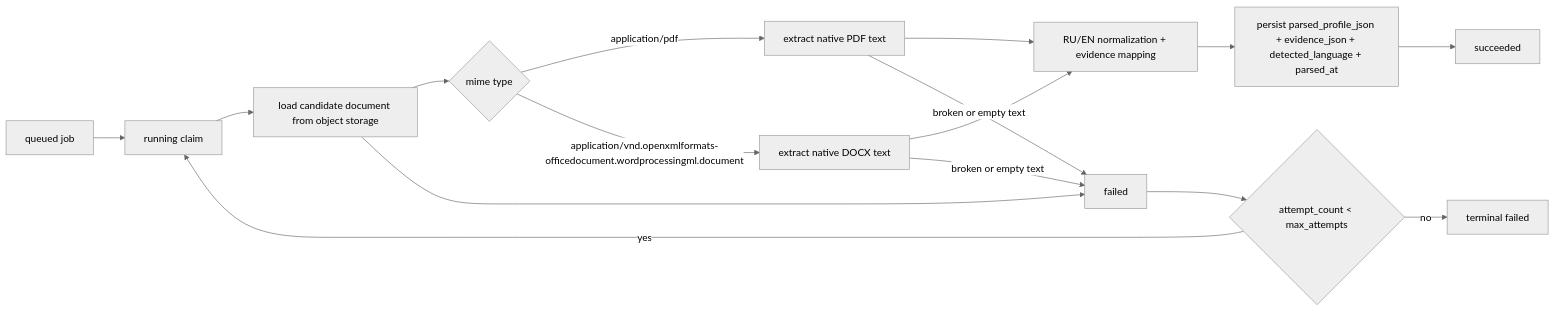
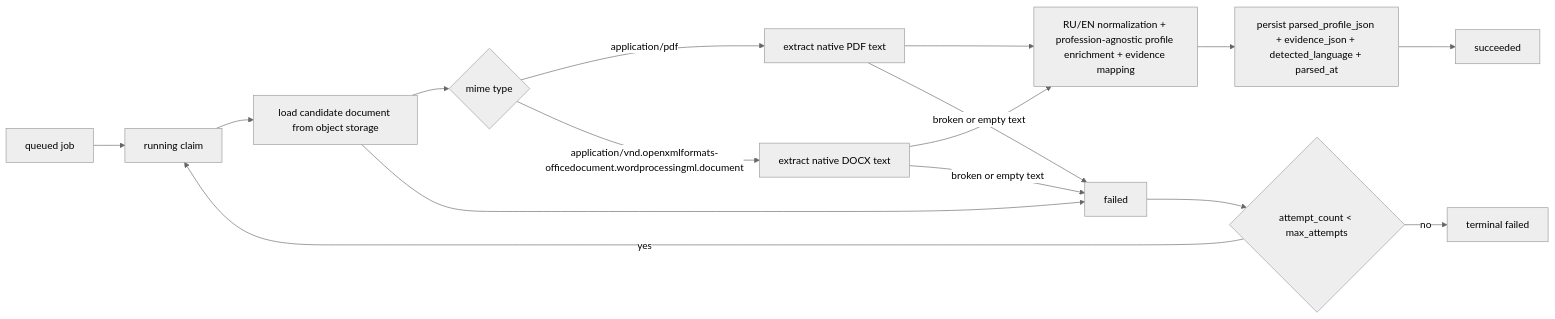
Before and after one commit to RubiFoc/hrm: diagram 18 of 22 in docs/architecture/diagrams.md, drawn with Mermaid (neutral theme). The commit also changed other lines of this file and 19 other files, not shown here.

````diff
--- a/docs/architecture/diagrams.md
+++ b/docs/architecture/diagrams.md
@@ -678,18 +680,18 @@
 ```mermaid
 flowchart LR
   Q[queued job] --> R[running claim]
   R --> L[load candidate document from object storage]
   L --> T{mime type}
   T -->|application/pdf| PDF[extract native PDF text]
   T -->|application/vnd.openxmlformats-officedocument.wordprocessingml.document| DOCX[extract native DOCX text]
-  PDF --> N[RU/EN normalization + evidence mapping]
+  PDF --> N[RU/EN normalization + profession-agnostic profile enrichment + evidence mapping]
   DOCX --> N
   N --> P[persist parsed_profile_json + evidence_json + detected_language + parsed_at]
   P --> S[succeeded]
   L --> F[failed]
   PDF -->|broken or empty text| F
   DOCX -->|broken or empty text| F
   F --> RET{attempt_count < max_attempts}
   RET -->|yes| R
   RET -->|no| TF[terminal failed]
 ```
````
